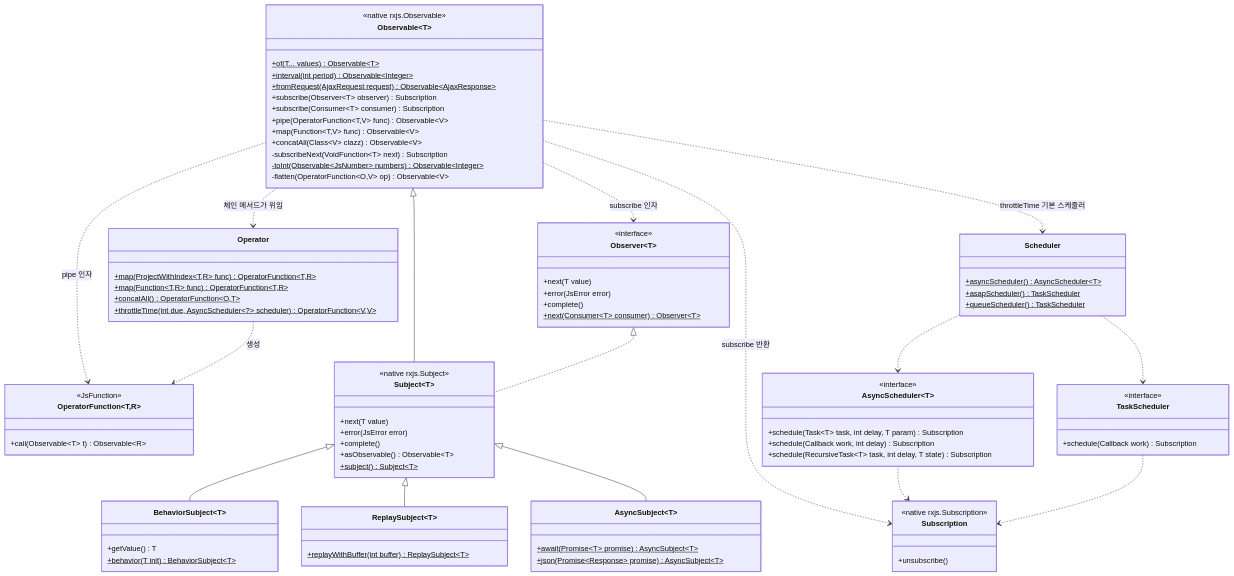
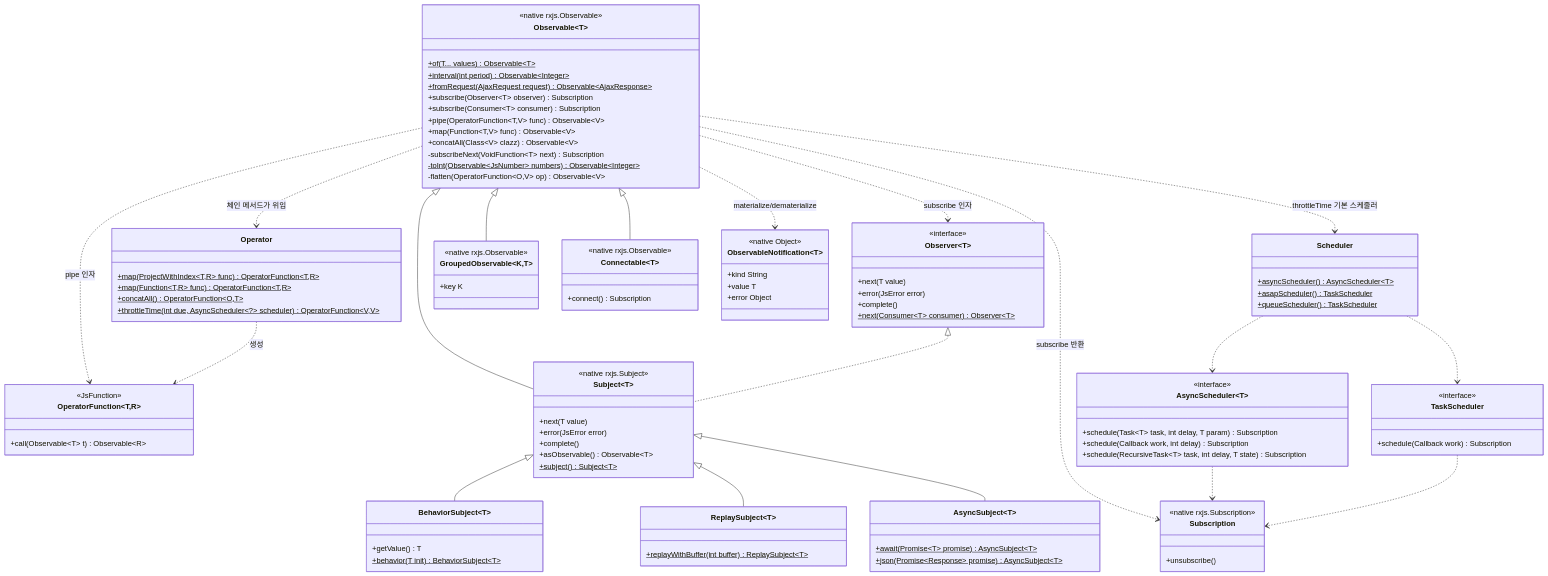
Before and after one commit to sayaya1090/sayaya-rx: the sixth of 6 diagrams in docs/02-elaboration/design-model.md, drawn with Mermaid. The commit also changed other lines of this file and 23 other files, not shown here.

```diff
--- a/docs/02-elaboration/design-model.md
+++ b/docs/02-elaboration/design-model.md
@@ -201,6 +201,23 @@
   }
   Observable <|-- Subject
   Observer <|.. Subject
+  class GroupedObservable~K,T~ {
+    <<native rxjs.Observable>>
+    +key K
+  }
+  class Connectable~T~ {
+    <<native rxjs.Observable>>
+    +connect() Subscription
+  }
+  class ObservableNotification~T~ {
+    <<native Object>>
+    +kind String
+    +value T
+    +error Object
+  }
+  Observable <|-- GroupedObservable
+  Observable <|-- Connectable
+  Observable ..> ObservableNotification : materialize/dematerialize
   Subject <|-- BehaviorSubject
   Subject <|-- ReplaySubject
   Subject <|-- AsyncSubject
```
